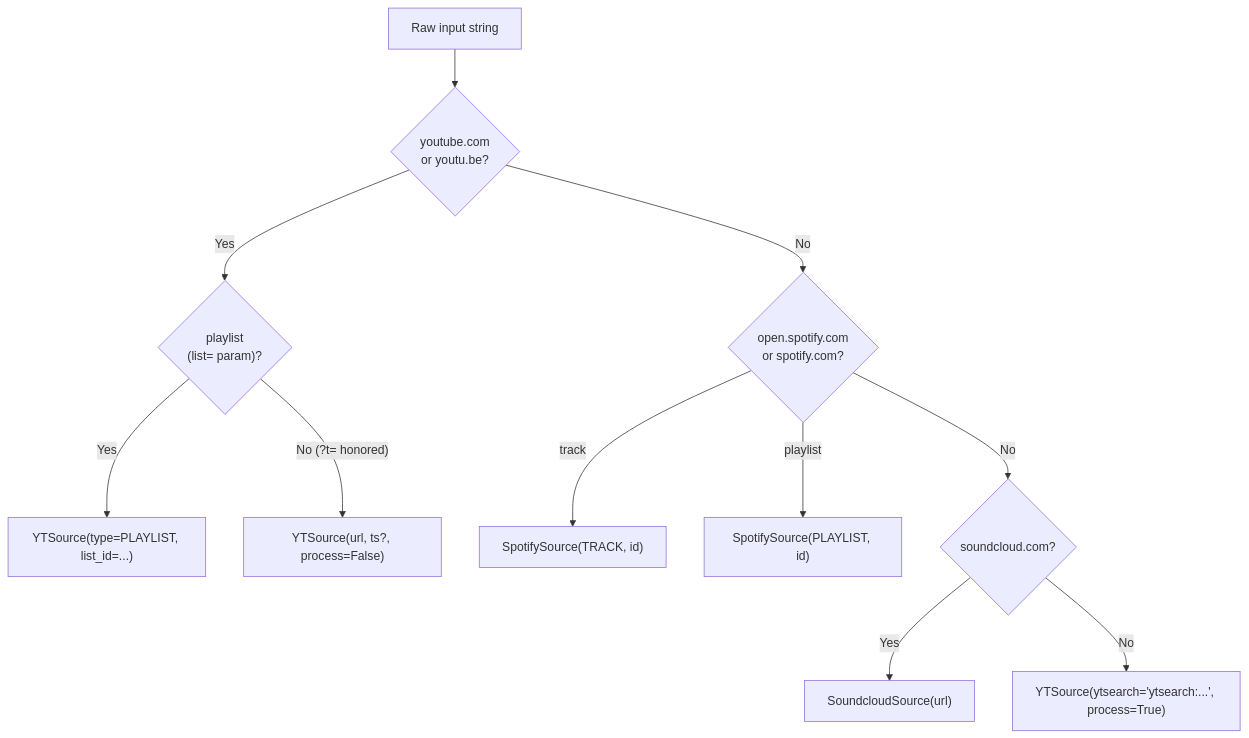
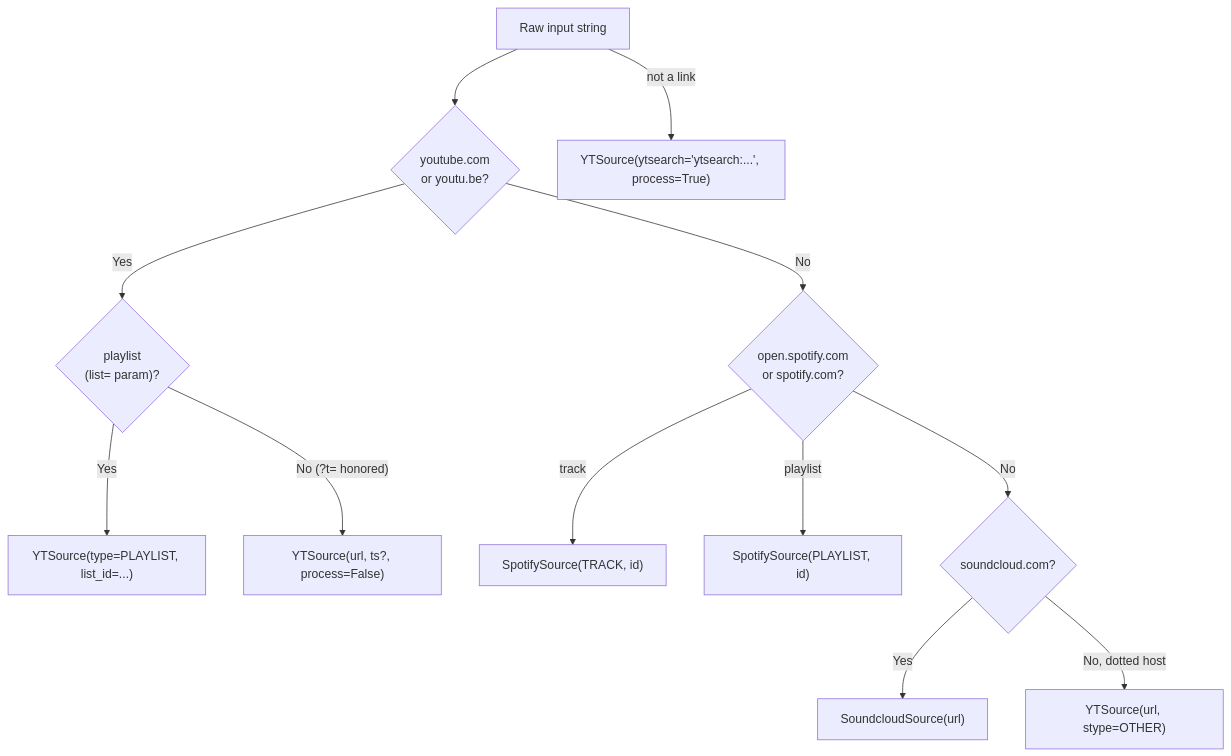
One commit to kawadeomkar/discord-music-bot changed the eighth of 15 diagrams in docs/ARCHITECTURE.md. Above: the diagram before and after it, drawn with Mermaid. The commit also changed other lines of this file and 5 other files, not shown here.

````diff
--- a/docs/ARCHITECTURE.md
+++ b/docs/ARCHITECTURE.md
@@ -519,20 +522,21 @@
 ```mermaid
 flowchart TD
     Input["Raw input string"]
     IsYT{"youtube.com\nor youtu.be?"}
     IsPL{"playlist\n(list= param)?"}
     IsSP{"open.spotify.com\nor spotify.com?"}
     IsSC{"soundcloud.com?"}
 
     Input --> IsYT
     IsYT -->|Yes| IsPL
     IsPL -->|Yes| YTPL["YTSource(type=PLAYLIST, list_id=...)"]
     IsPL -->|"No (?t= honored)"| YTS["YTSource(url, ts?, process=False)"]
 
     IsYT -->|No| IsSP
     IsSP -->|track| SPS_T["SpotifySource(TRACK, id)"]
     IsSP -->|playlist| SPS_P["SpotifySource(PLAYLIST, id)"]
     IsSP -->|No| IsSC
     IsSC -->|Yes| SC["SoundcloudSource(url)"]
-    IsSC -->|No| YTS_S["YTSource(ytsearch='ytsearch:...', process=True)"]
+    IsSC -->|"No, dotted host"| OTHER["YTSource(url, stype=OTHER)"]
+    Input -->|"not a link"| YTS_S["YTSource(ytsearch='ytsearch:...', process=True)"]
 ```
````
